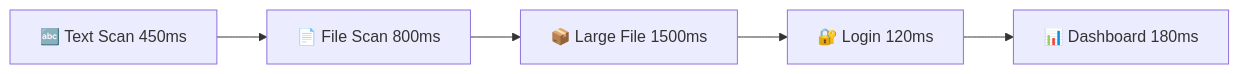
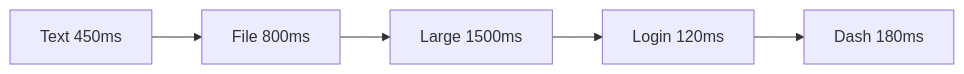
One commit to Khan-Feroz211/MyCyber-Project changed the second of 6 diagrams in README.md. Above: the diagram before and after it, drawn with Mermaid. The commit also changed other lines of this file, not shown here.

Commit message:
docs: use ultra-simple mermaid syntax for guaranteed GitHub rendering

````diff
--- a/README.md
+++ b/README.md
@@ -115,7 +101,7 @@
 ```mermaid
 graph LR
-    A[🔤 Text Scan 450ms] --> B[📄 File Scan 800ms]
-    B --> C[📦 Large File 1500ms]
-    C --> D[🔐 Login 120ms]
-    D --> E[📊 Dashboard 180ms]
+    A[Text 450ms] --> B[File 800ms]
+    B --> C[Large 1500ms]
+    C --> D[Login 120ms]
+    D --> E[Dash 180ms]
 ```
````
